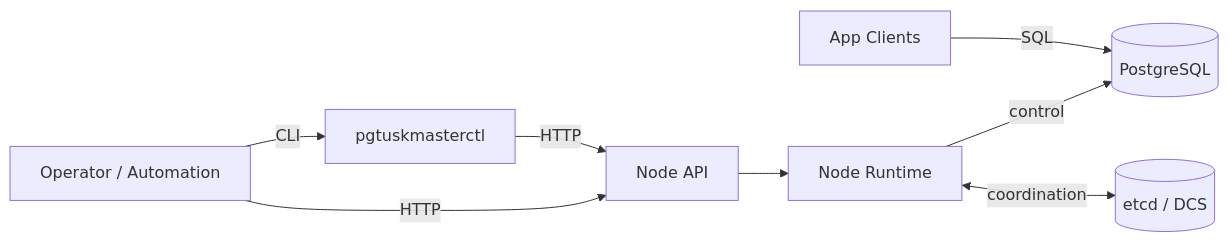
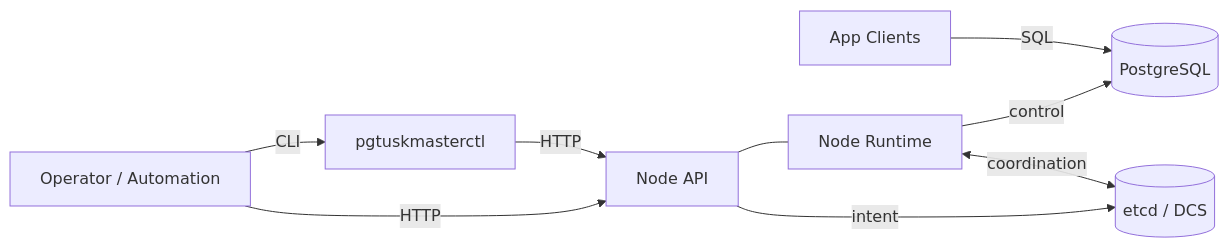
One commit to djosh34/pgtuskmaster_rust changed the diagram in docs/src/introduction.md. Above: the diagram before and after it, drawn with Mermaid. The commit also changed 36 other files, not shown here.

First line of the commit message:
task finished 33-task-deep-skeptical-verification-of-doc-facts-and-writing-quality: audit docs + fix diagrams/test flake

````diff
--- a/docs/src/introduction.md
+++ b/docs/src/introduction.md
@@ -14,12 +14,13 @@
 ```mermaid
 flowchart LR
   Operator[Operator / Automation] -->|HTTP| API[Node API]
   Operator -->|CLI| CLI[pgtuskmasterctl]
   CLI -->|HTTP| API
 
-  API --> Runtime[Node Runtime]
+  API --- Runtime[Node Runtime]
+  API -->|intent| ETCD[(etcd / DCS)]
   Runtime -->|control| PG[(PostgreSQL)]
-  Runtime <-->|coordination| ETCD[(etcd / DCS)]
+  Runtime <-->|coordination| ETCD
 
   Clients[App Clients] -->|SQL| PG
 ```
````
